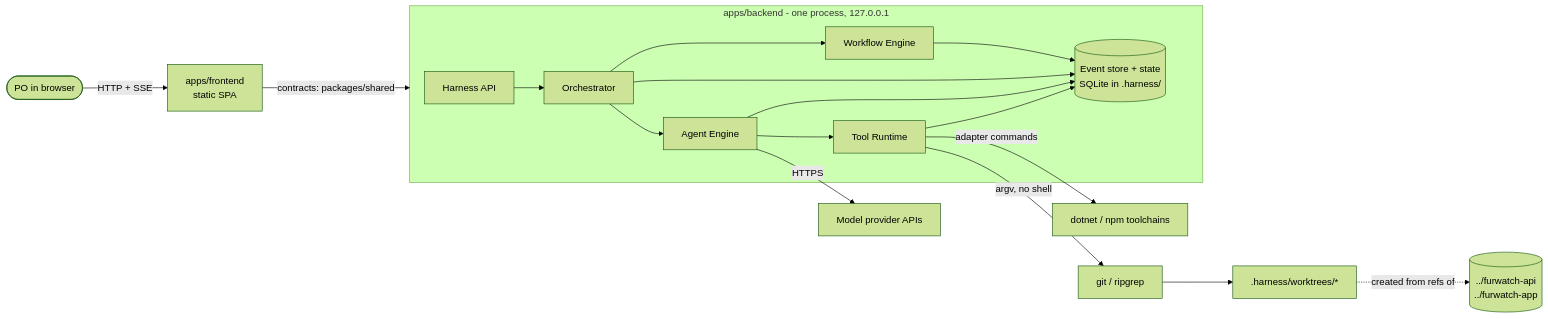
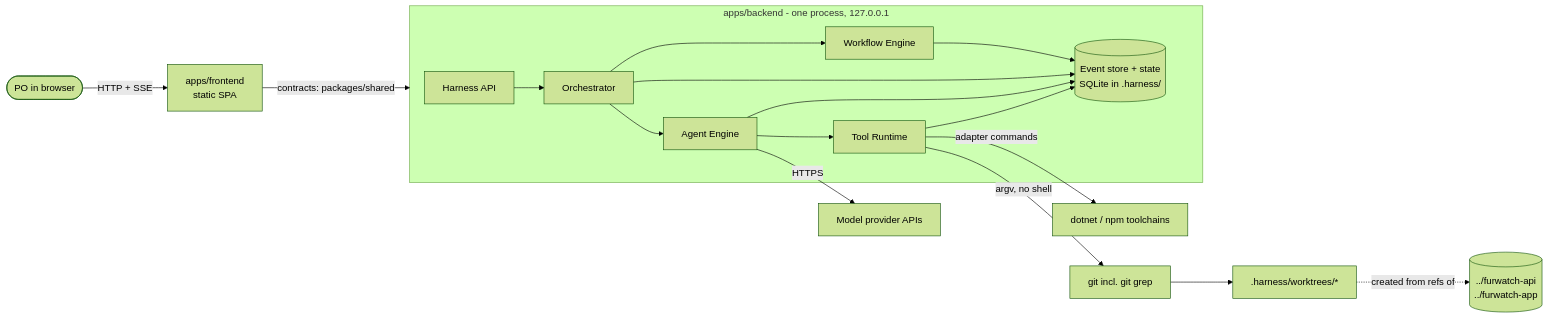
Before and after one commit to LamNV0410/pet-harness: the diagram in docs/architecture/01-system-architecture.md, drawn with Mermaid (forest theme). The commit also changed other lines of this file and 45 other files, not shown here.

````diff
--- a/docs/architecture/01-system-architecture.md
+++ b/docs/architecture/01-system-architecture.md
@@ -57,17 +57,17 @@
 ```mermaid
 flowchart LR
   PO([PO in browser]) -->|HTTP + SSE| FE[apps/frontend<br/>static SPA]
   FE -->|contracts: packages/shared| BE
   subgraph BE[apps/backend - one process, 127.0.0.1]
     API[Harness API] --> ORC[Orchestrator]
     ORC --> WF[Workflow Engine]
     ORC --> AE[Agent Engine]
     AE --> TR[Tool Runtime]
     WF & ORC & AE & TR --> ES[(Event store + state<br/>SQLite in .harness/)]
   end
   AE -->|HTTPS| LLM[Model provider APIs]
-  TR -->|argv, no shell| GIT[git / ripgrep]
+  TR -->|argv, no shell| GIT[git incl. git grep]
   TR -->|adapter commands| TC[dotnet / npm toolchains]
   GIT --> WT[.harness/worktrees/*]
   WT -. created from refs of .-> PR[(../furwatch-api<br/>../furwatch-app)]
 ```
````
